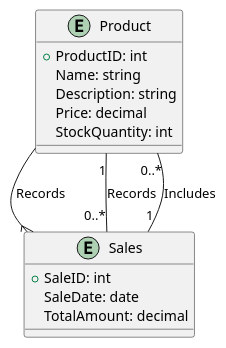
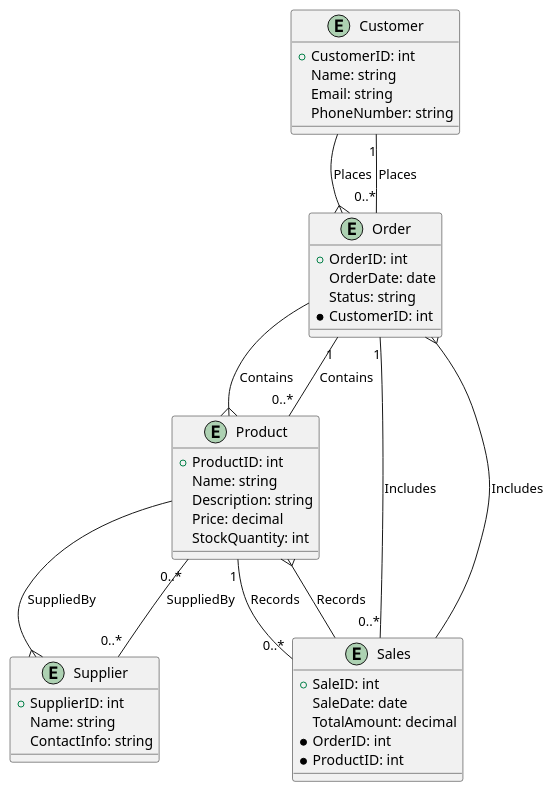
Before and after one commit to andikatjacobdennis/T-SQL: the diagram in Step-by-Step Technique to Create a ER Diagram.md, drawn with PlantUML. The commit also changed other lines of this file, not shown here.

Commit message:
Update Step-by-Step Technique to Create a ER Diagram.md

````diff
--- a/Step-by-Step Technique to Create a ER Diagram.md
+++ b/Step-by-Step Technique to Create a ER Diagram.md
@@ -54,27 +75,56 @@
 ```plantuml
 @startuml
 
 ' Define the entities
+entity "Customer" as customer {
+    +CustomerID: int
+    Name: string
+    Email: string
+    PhoneNumber: string
+}
+
+entity "Order" as order {
+    +OrderID: int
+    OrderDate: date
+    Status: string
+    *CustomerID: int
+}
+
 entity "Product" as product {
     +ProductID: int
     Name: string
     Description: string
     Price: decimal
     StockQuantity: int
 }
 
 entity "Sales" as sales {
     +SaleID: int
     SaleDate: date
     TotalAmount: decimal
+    *OrderID: int
+    *ProductID: int
+}
+
+entity "Supplier" as supplier {
+    +SupplierID: int
+    Name: string
+    ContactInfo: string
 }
 
 ' Define relationships
-product --{ sales : Records
+customer --{ order : Places
+order --{ product : Contains
+product --{ supplier : SuppliedBy
+sales --{ order : Includes
+sales --{ product : Records
 
 ' Define cardinality
+customer "1" -- "0..*" order : Places
+order "1" -- "0..*" product : Contains
+product "0..*" -- "0..*" supplier : SuppliedBy
+order "1" -- "0..*" sales : Includes
 product "1" -- "0..*" sales : Records
-sales "1" -- "0..*" product : Includes
 
 @enduml
 ```
````
